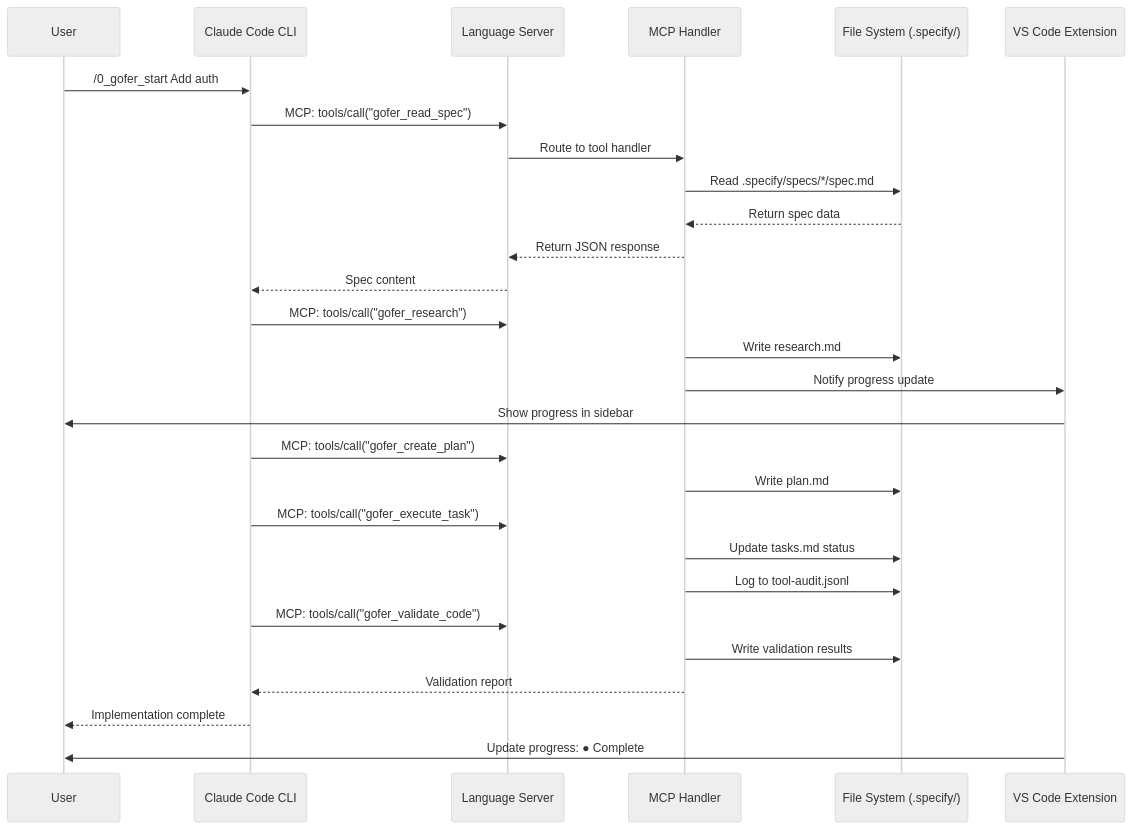
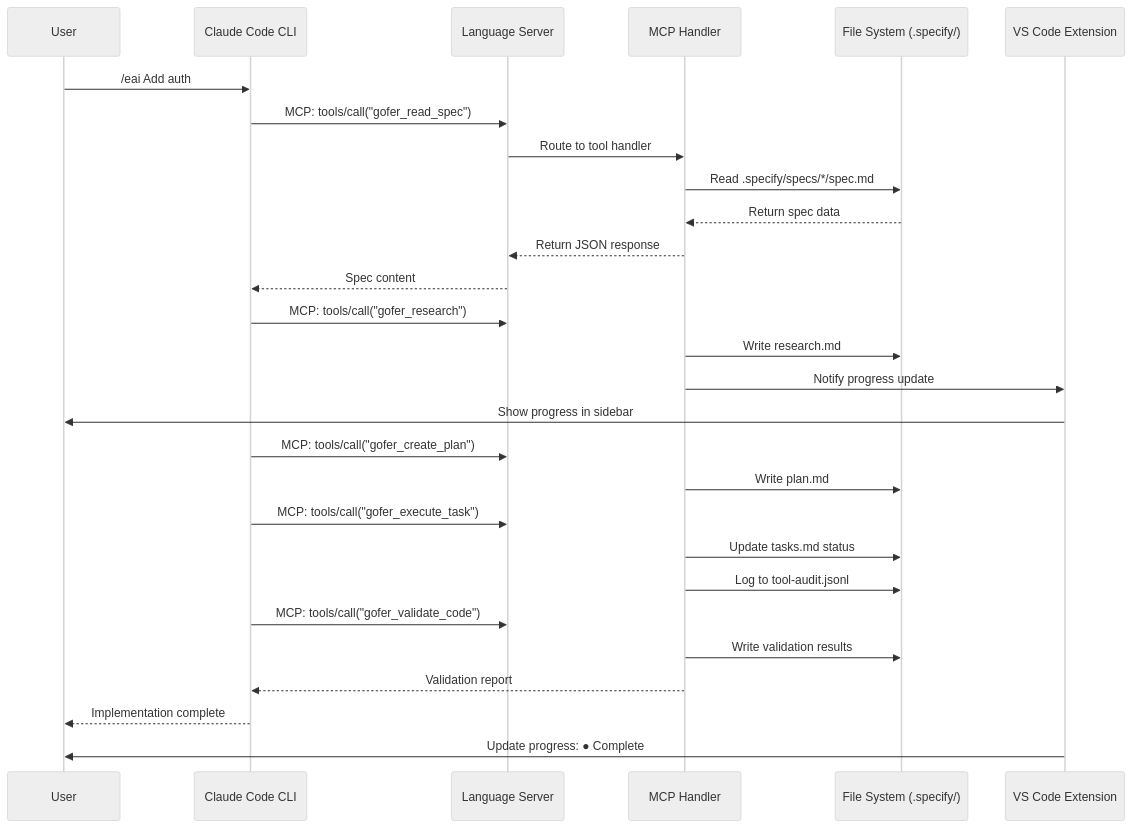
One commit to eai-support/eai-gofer changed the second of 6 diagrams in .tech-docs/architecture.md. Above: the diagram before and after it, drawn with Mermaid (neutral theme). The commit also changed other lines of this file and 13 other files, not shown here.

First line of the commit message:
docs: clarify eai as single gofer entrypoint

````diff
--- a/.tech-docs/architecture.md
+++ b/.tech-docs/architecture.md
@@ -85,36 +85,36 @@
 ```mermaid
 sequenceDiagram
     participant User
     participant ClaudeCode as Claude Code CLI
     participant LSP as Language Server
     participant MCP as MCP Handler
     participant FS as File System (.specify/)
     participant Extension as VS Code Extension
 
-    User->>ClaudeCode: /0_gofer_start Add auth
+    User->>ClaudeCode: /eai Add auth
     ClaudeCode->>LSP: MCP: tools/call("gofer_read_spec")
     LSP->>MCP: Route to tool handler
     MCP->>FS: Read .specify/specs/*/spec.md
     FS-->>MCP: Return spec data
     MCP-->>LSP: Return JSON response
     LSP-->>ClaudeCode: Spec content
 
     ClaudeCode->>LSP: MCP: tools/call("gofer_research")
     MCP->>FS: Write research.md
     MCP->>Extension: Notify progress update
     Extension->>User: Show progress in sidebar
 
     ClaudeCode->>LSP: MCP: tools/call("gofer_create_plan")
     MCP->>FS: Write plan.md
 
     ClaudeCode->>LSP: MCP: tools/call("gofer_execute_task")
     MCP->>FS: Update tasks.md status
     MCP->>FS: Log to tool-audit.jsonl
 
     ClaudeCode->>LSP: MCP: tools/call("gofer_validate_code")
     MCP->>FS: Write validation results
     MCP-->>ClaudeCode: Validation report
 
     ClaudeCode-->>User: Implementation complete
     Extension->>User: Update progress: ● Complete
 ```
````
